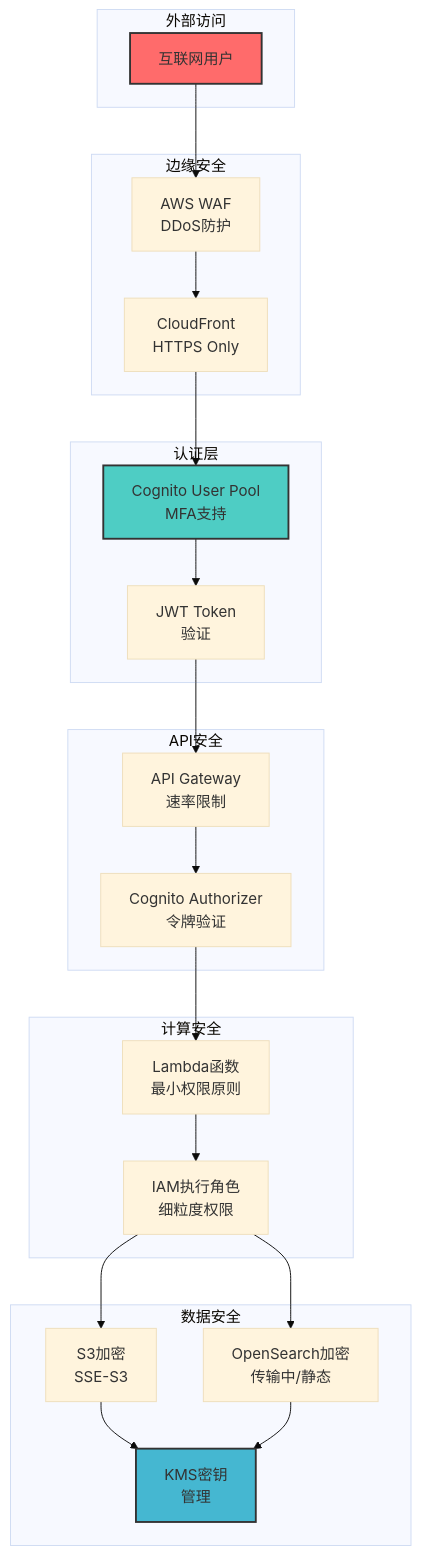
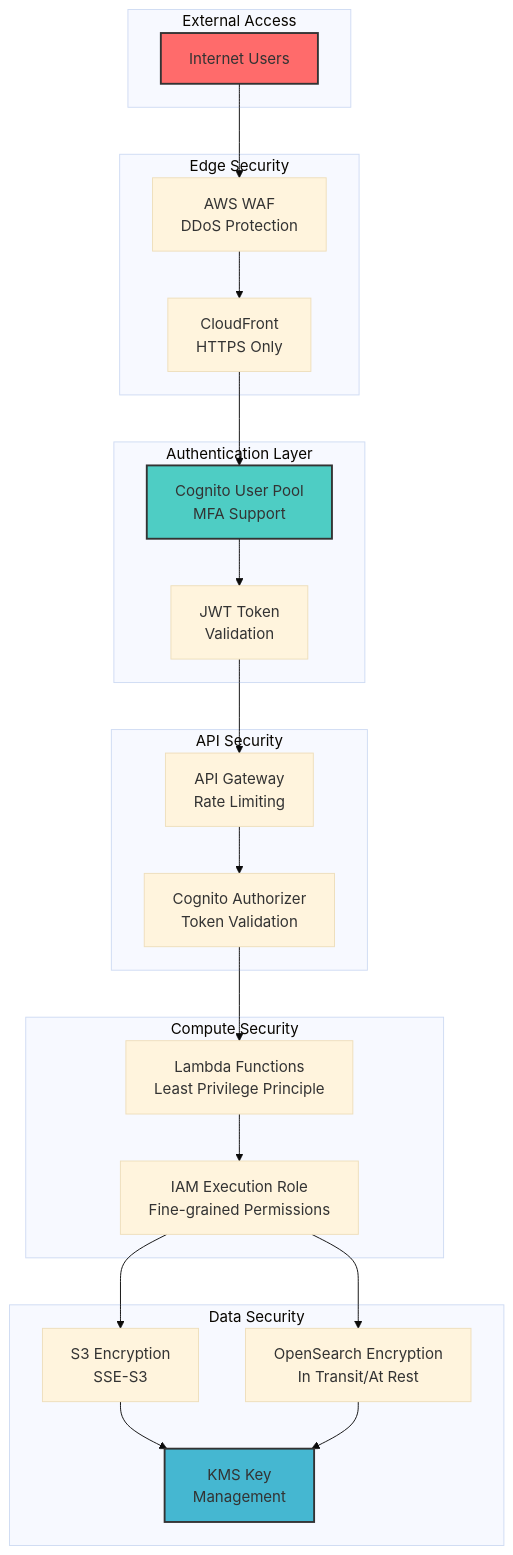
Before and after one commit to yincma/AWS-BEDROCK-RAG: the fourth of 8 diagrams in README.md, drawn with Mermaid (base theme). The commit also changed other lines of this file and 10 other files, not shown here.

````diff
--- a/README.md
+++ b/README.md
@@ -223,49 +223,49 @@
 ```mermaid
 graph TB
-    subgraph 外部访问
-        Internet[互联网用户]
+    subgraph External Access
+        Internet[Internet Users]
     end
     
-    subgraph 边缘安全
-        WAF[AWS WAF<br/>DDoS防护]
+    subgraph Edge Security
+        WAF[AWS WAF<br/>DDoS Protection]
         CloudFront[CloudFront<br/>HTTPS Only]
     end
     
-    subgraph 认证层
-        Cognito[Cognito User Pool<br/>MFA支持]
-        JWT[JWT Token<br/>验证]
+    subgraph Authentication Layer
+        Cognito[Cognito User Pool<br/>MFA Support]
+        JWT[JWT Token<br/>Validation]
     end
     
-    subgraph API安全
-        APIGW[API Gateway<br/>速率限制]
-        Auth[Cognito Authorizer<br/>令牌验证]
+    subgraph API Security
+        APIGW[API Gateway<br/>Rate Limiting]
+        Auth[Cognito Authorizer<br/>Token Validation]
     end
     
-    subgraph 计算安全
-        Lambda[Lambda函数<br/>最小权限原则]
-        IAMRole[IAM执行角色<br/>细粒度权限]
+    subgraph Compute Security
+        Lambda[Lambda Functions<br/>Least Privilege Principle]
+        IAMRole[IAM Execution Role<br/>Fine-grained Permissions]
     end
     
-    subgraph 数据安全
-        S3Encrypt[S3加密<br/>SSE-S3]
-        OSEncrypt[OpenSearch加密<br/>传输中/静态]
-        KMS[KMS密钥<br/>管理]
+    subgraph Data Security
+        S3Encrypt[S3 Encryption<br/>SSE-S3]
+        OSEncrypt[OpenSearch Encryption<br/>In Transit/At Rest]
+        KMS[KMS Key<br/>Management]
     end
     
     Internet --> WAF
     WAF --> CloudFront
     CloudFront --> Cognito
     Cognito --> JWT
     JWT --> APIGW
     APIGW --> Auth
     Auth --> Lambda
     Lambda --> IAMRole
     IAMRole --> S3Encrypt
     IAMRole --> OSEncrypt
     S3Encrypt --> KMS
     OSEncrypt --> KMS
     
     style Internet fill:#ff6b6b,stroke:#333,stroke-width:2px
     style Cognito fill:#4ecdc4,stroke:#333,stroke-width:2px
     style KMS fill:#45b7d1,stroke:#333,stroke-width:2px
 ```
````
